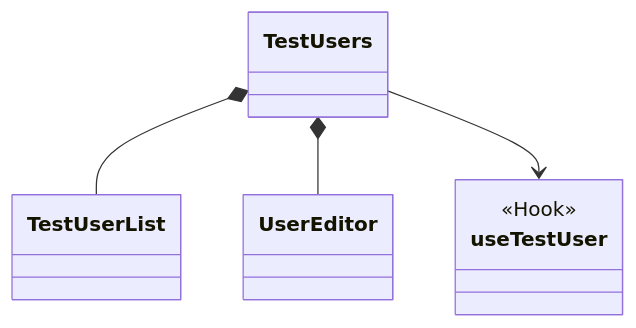
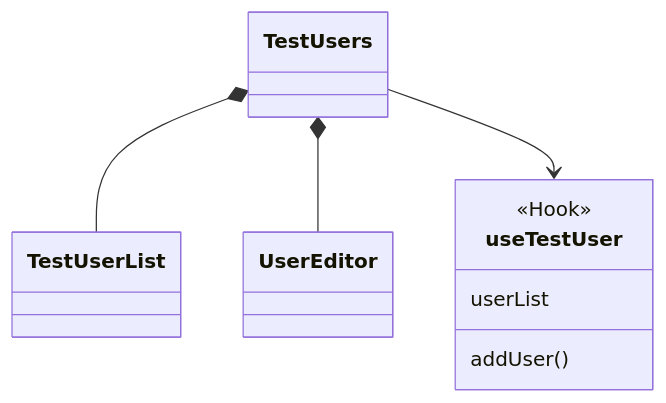
One commit to mzvast/mzvast.github.io changed the ninth of 17 diagrams in src/routes/posts/2021/09/13-1519-xirang/document.mdx. Above: the diagram before and after it, drawn with Mermaid. The commit also changed other lines of this file, not shown here.

Commit message:
update graph

````diff
--- a/src/routes/posts/2021/09/13-1519-xirang/document.mdx
+++ b/src/routes/posts/2021/09/13-1519-xirang/document.mdx
@@ -97,25 +171,27 @@
 ```mermaid
 classDiagram
  
      
      class TestUsers {
 
      }
 
      TestUsers *-- TestUserList
      TestUsers *-- UserEditor
      TestUsers -->useTestUser
 
     class TestUserList{
      }
   
      class UserEditor{
      }
 
      class useTestUser{
 	     <<Hook>>
+         userList
+         addUser()
      }
 
     
             
 ```
````
